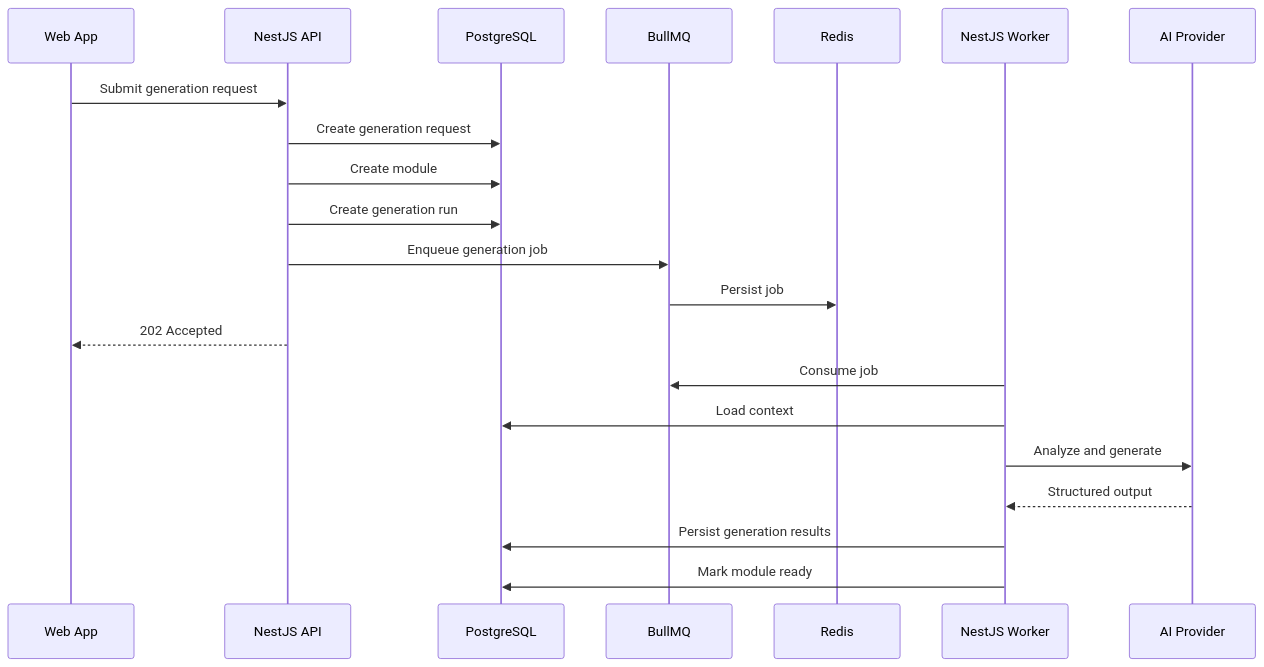
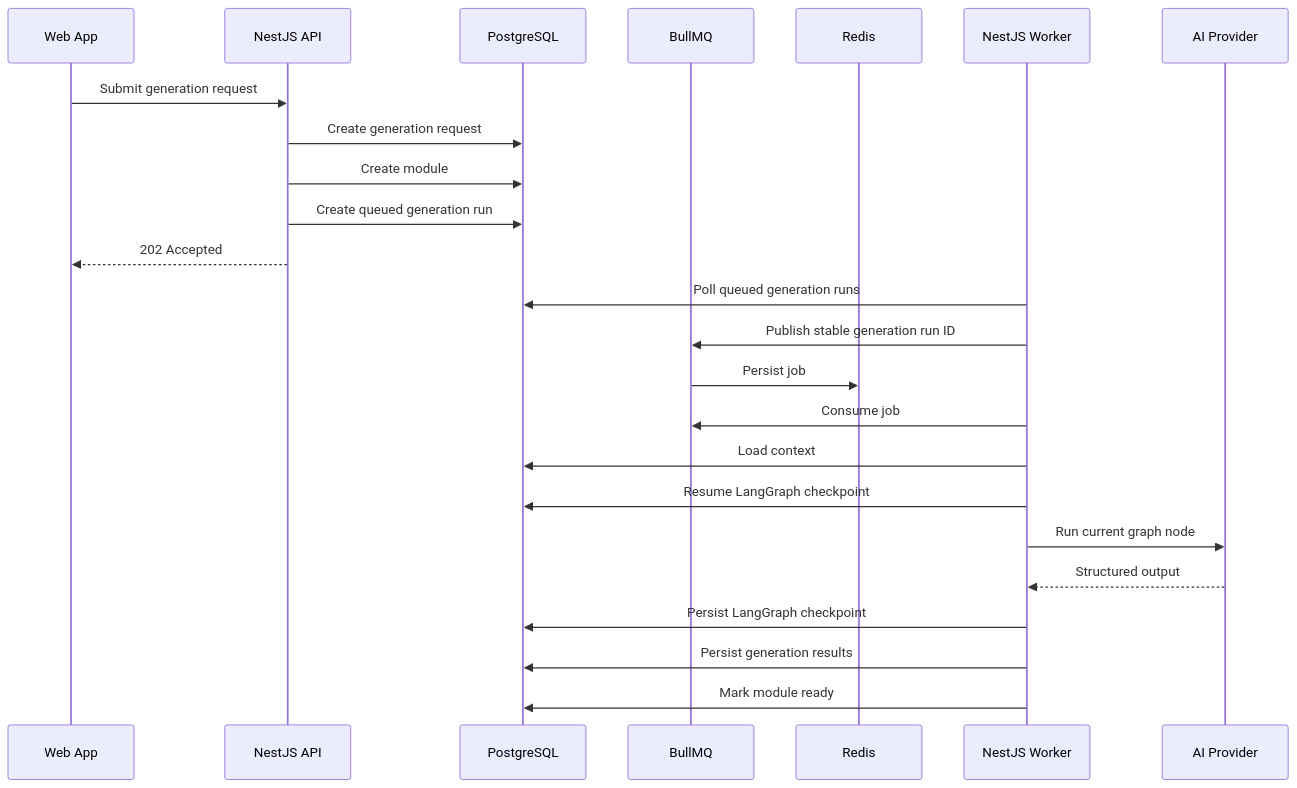
The third of 6 diagrams in docs/05-system-architecture.md (manikandareas/ngertiin-v2), drawn with Mermaid before and after one commit. The commit also changed other lines of this file and 45 other files, not shown here.

````diff
--- a/docs/05-system-architecture.md
+++ b/docs/05-system-architecture.md
@@ -413,25 +416,28 @@
 ```mermaid
 sequenceDiagram
     participant W as Web App
     participant A as NestJS API
     participant P as PostgreSQL
     participant Q as BullMQ
     participant R as Redis
     participant K as NestJS Worker
     participant AI as AI Provider
 
     W->>A: Submit generation request
     A->>P: Create generation request
     A->>P: Create module
-    A->>P: Create generation run
-    A->>Q: Enqueue generation job
-    Q->>R: Persist job
+    A->>P: Create queued generation run
     A-->>W: 202 Accepted
 
+    K->>P: Poll queued generation runs
+    K->>Q: Publish stable generation run ID
+    Q->>R: Persist job
     K->>Q: Consume job
     K->>P: Load context
-    K->>AI: Analyze and generate
+    K->>P: Resume LangGraph checkpoint
+    K->>AI: Run current graph node
     AI-->>K: Structured output
+    K->>P: Persist LangGraph checkpoint
     K->>P: Persist generation results
     K->>P: Mark module ready
 ```
````
